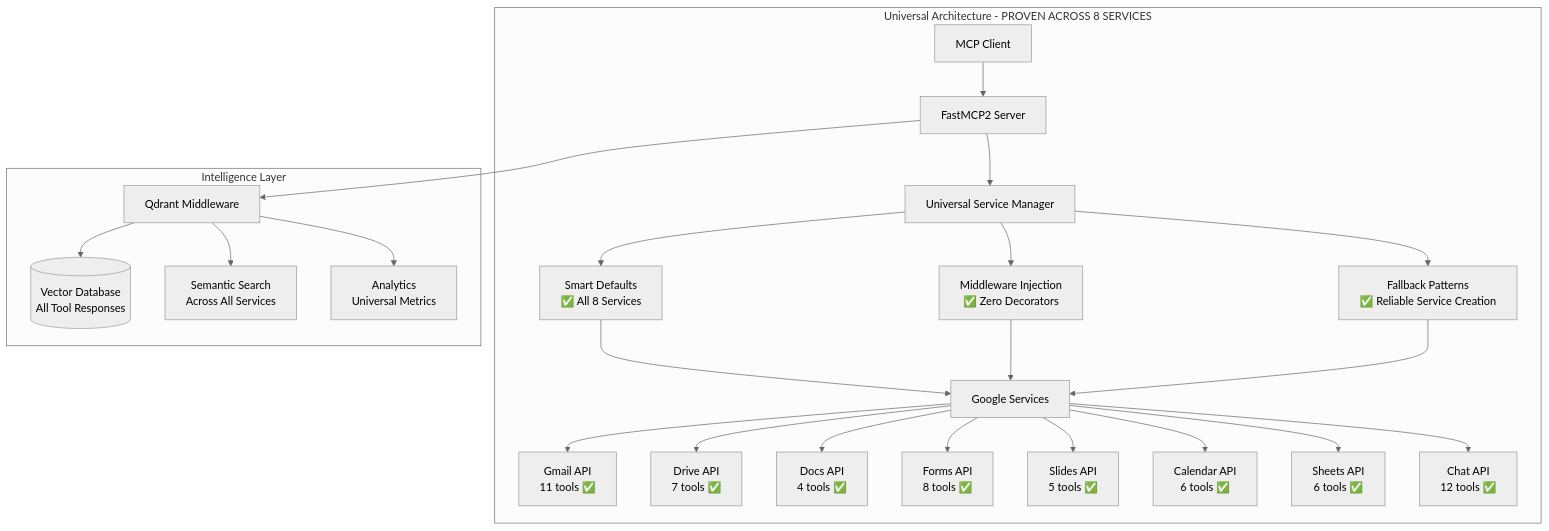
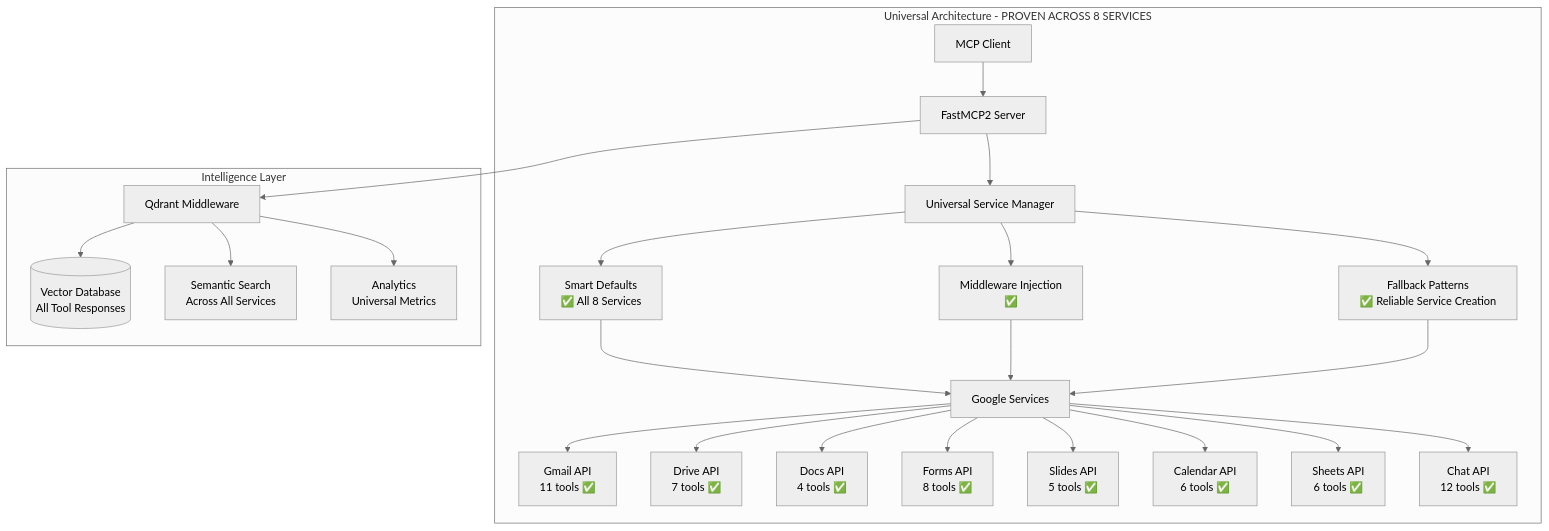
The fourth of 5 diagrams in README.md (dipseth/google_workspace_fastmcp2), drawn with Mermaid (neutral theme) before and after one commit. The commit also changed other lines of this file, not shown here.

````diff
--- a/README.md
+++ b/README.md
@@ -281,32 +278,32 @@
 ```mermaid
 flowchart TB
     subgraph "Universal Architecture - PROVEN ACROSS 8 SERVICES"
         MC[MCP Client] --> FS[FastMCP2 Server]
         FS --> USM[Universal Service Manager]
         
         USM --> SD[Smart Defaults<br/>✅ All 8 Services]
-        USM --> MI[Middleware Injection<br/>✅ Zero Decorators]
+        USM --> MI[Middleware Injection<br/>✅ ]
         USM --> FP[Fallback Patterns<br/>✅ Reliable Service Creation]
         
         SD --> GS[Google Services]
         MI --> GS
         FP --> GS
         
         GS --> Gmail[Gmail API<br/>11 tools ✅]
         GS --> Drive[Drive API<br/>7 tools ✅]
         GS --> Docs[Docs API<br/>4 tools ✅]
         GS --> Forms[Forms API<br/>8 tools ✅]
         GS --> Slides[Slides API<br/>5 tools ✅]
         GS --> Calendar[Calendar API<br/>6 tools ✅]
         GS --> Sheets[Sheets API<br/>6 tools ✅]
         GS --> Chat[Chat API<br/>12 tools ✅]
     end
     
     subgraph "Intelligence Layer"
         QM[Qdrant Middleware] --> VDB[(Vector Database<br/>All Tool Responses)]
         QM --> SS[Semantic Search<br/>Across All Services]
         QM --> AN[Analytics<br/>Universal Metrics]
     end
     
     FS --> QM
 ```
````
